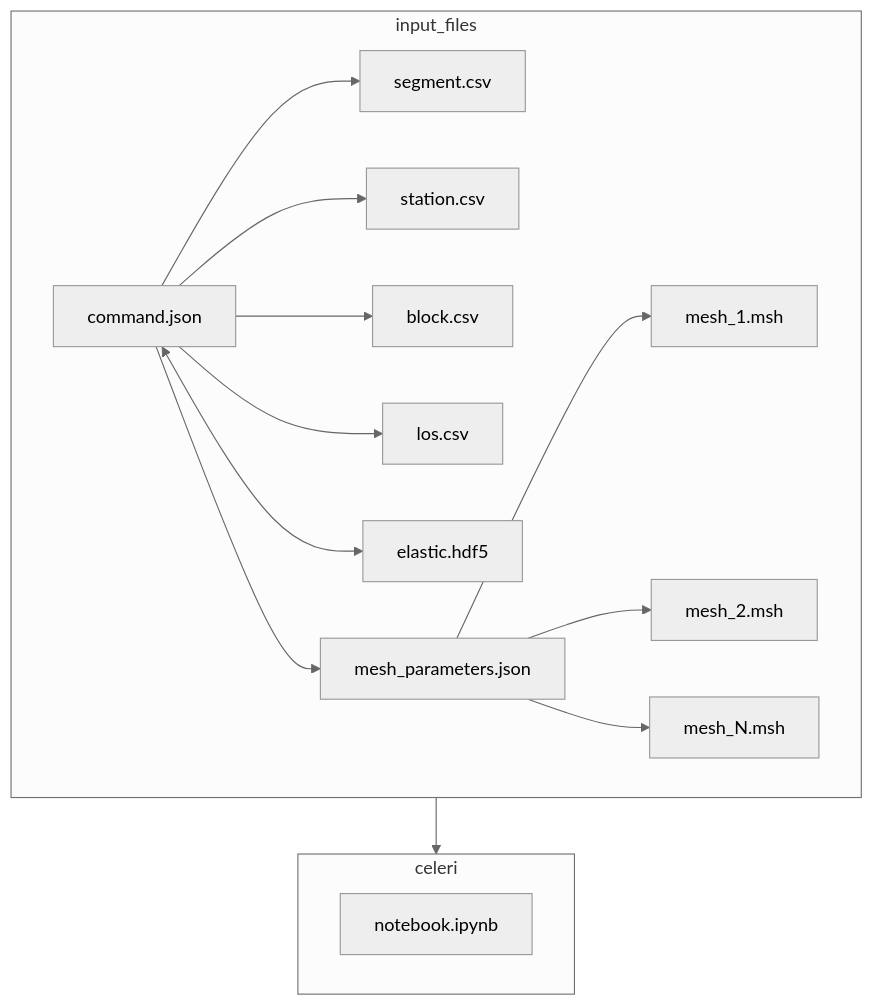
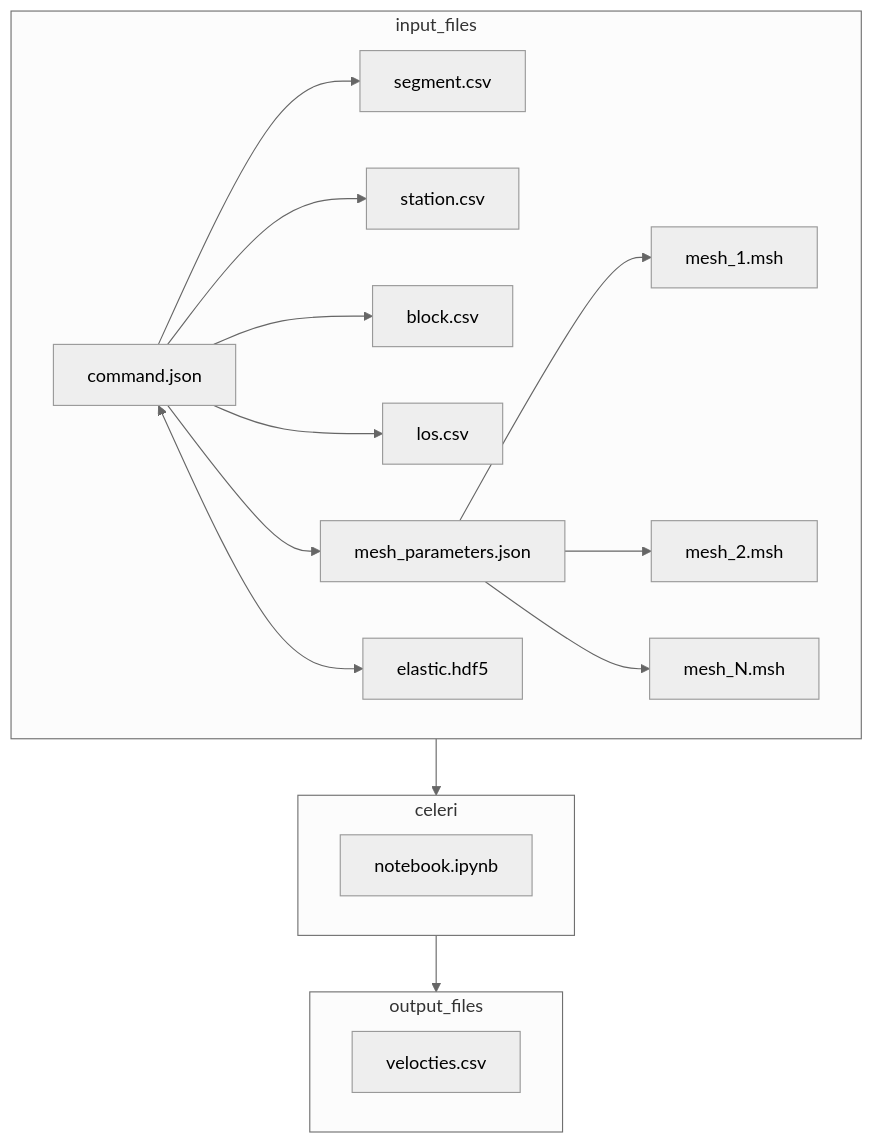
Before and after one commit to brendanjmeade/celeri: the second of 2 diagrams in README.md, drawn with Mermaid (neutral theme).

Commit message:
Trying to add third subgraph

````diff
--- a/README.md
+++ b/README.md
@@ -40,18 +40,22 @@
 ```mermaid
 flowchart TD
     subgraph input_files
     command.json-->segment.csv
     command.json-->station.csv
     command.json-->block.csv
     command.json-->los.csv
-    command.json<-->elastic.hdf5
     command.json-->mesh_parameters.json
     mesh_parameters.json-->mesh_1.msh
     mesh_parameters.json-->mesh_2.msh
     mesh_parameters.json-->mesh_N.msh
+    command.json<-->elastic.hdf5
     end
     subgraph celeri
     notebook.ipynb
     end
+    subgraph output_files
+    velocties.csv
+    end
     input_files --> celeri
+    celeri --> output_files
 ```
````
